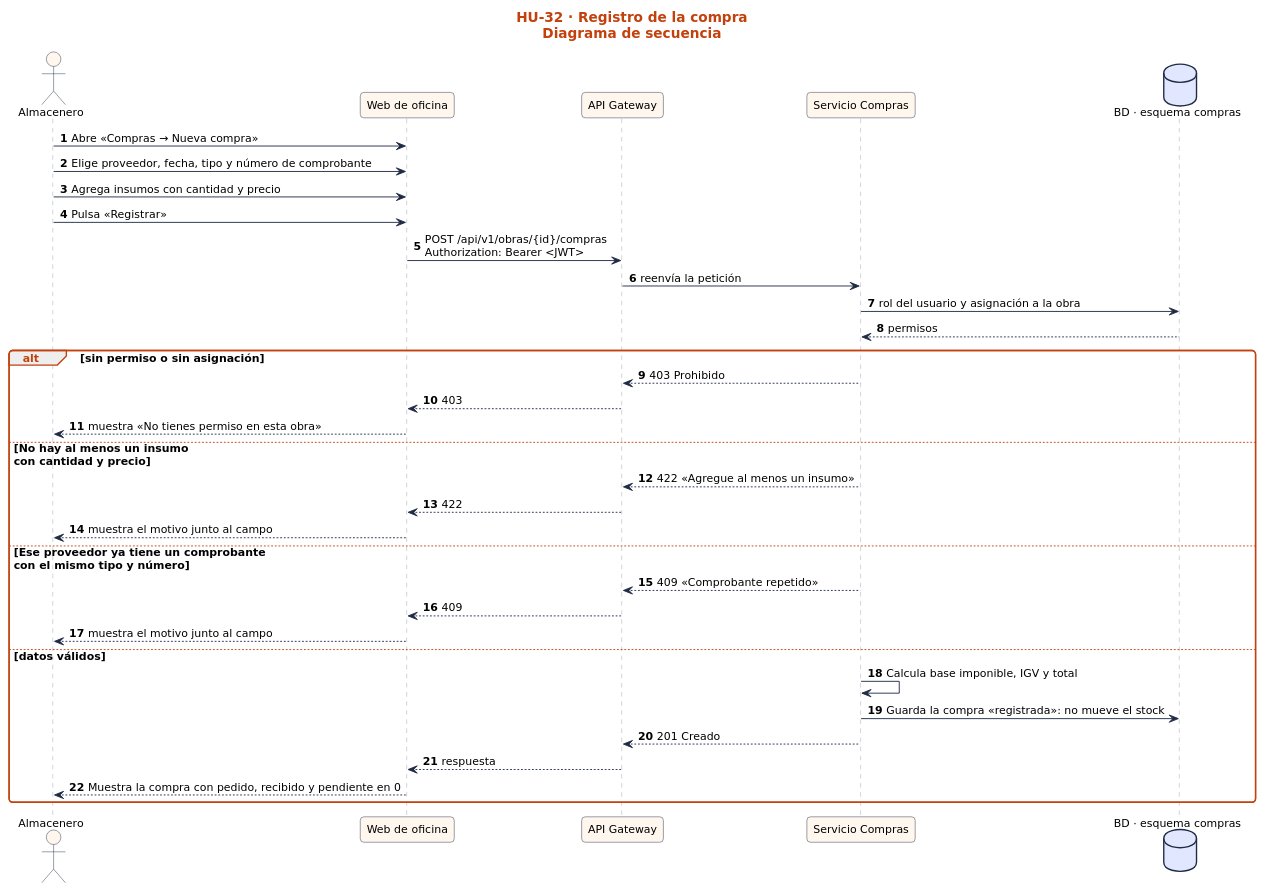
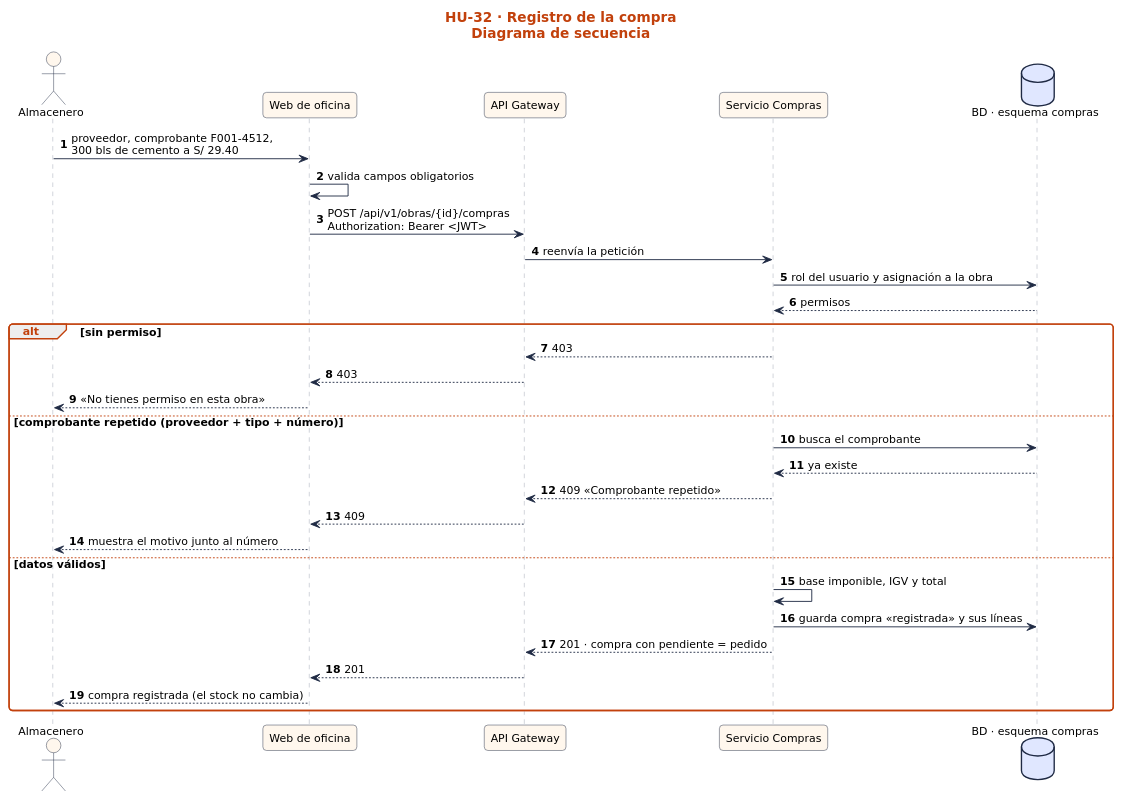
Before and after one commit to nandoestebanif/sevens-sigro: the diagram in docs/sprint-2/diagramas-hu/hu-32-registro-de-la-compra/secuencia.puml, drawn with PlantUML. The commit also changed 56 other files, not shown here.

First line of the commit message:
docs(sprint-2): diagramas a medida de 12 HU, estados E06/E07/E12 y guía de Adiel

```diff
--- a/docs/sprint-2/diagramas-hu/hu-32-registro-de-la-compra/secuencia.puml
+++ b/docs/sprint-2/diagramas-hu/hu-32-registro-de-la-compra/secuencia.puml
@@ -1,68 +1,65 @@
 @startuml
 skinparam defaultFontName "DejaVu Sans"
 skinparam defaultFontSize 12
 skinparam shadowing false
 skinparam roundCorner 8
 skinparam ArrowColor #1F2A44
 skinparam ActivityBorderColor #1F2A44
 skinparam ActivityBackgroundColor #FFF7ED
 skinparam ActivityDiamondBackgroundColor #FEF3C7
 skinparam ActivityDiamondBorderColor #92400E
 skinparam SwimlaneTitleFontStyle bold
 skinparam SwimlaneTitleFontColor #1F2A44
 skinparam SwimlaneBorderColor #9CA3AF
 skinparam PartitionBorderColor #9CA3AF
 skinparam ParticipantBorderColor #1F2A44
 skinparam ParticipantBackgroundColor #FFF7ED
 skinparam ActorBorderColor #1F2A44
 skinparam ActorBackgroundColor #FFF7ED
 skinparam DatabaseBorderColor #1F2A44
 skinparam DatabaseBackgroundColor #E0E7FF
 skinparam SequenceLifeLineBorderColor #9CA3AF
 skinparam SequenceGroupBorderColor #C2410C
 skinparam SequenceGroupHeaderFontColor #C2410C
 skinparam StateBorderColor #1F2A44
 skinparam StateBackgroundColor #FFF7ED
 skinparam StateStartColor #1F2A44
 skinparam StateEndColor #1F2A44
 skinparam NoteBackgroundColor #F3F4F6
 skinparam NoteBorderColor #9CA3AF
 skinparam TitleFontSize 15
 skinparam TitleFontColor #C2410C
 skinparam ClassBorderColor #1F2A44
 skinparam ClassBackgroundColor #FFF7ED
+
 title HU-32 · Registro de la compra\nDiagrama de secuencia
 autonumber
 actor "Almacenero" as U
 participant "Web de oficina" as UI
 participant "API Gateway" as GW
-participant "Servicio Compras" as S
+participant "Servicio Compras" as SC
 database "BD · esquema compras" as BD
-U -> UI : Abre «Compras → Nueva compra»
-U -> UI : Elige proveedor, fecha, tipo y número de comprobante
-U -> UI : Agrega insumos con cantidad y precio
-U -> UI : Pulsa «Registrar»
+U -> UI : proveedor, comprobante F001-4512,\n300 bls de cemento a S/ 29.40
+UI -> UI : valida campos obligatorios
 UI -> GW : POST /api/v1/obras/{id}/compras\nAuthorization: Bearer <JWT>
-GW -> S : reenvía la petición
-S -> BD : rol del usuario y asignación a la obra
-BD --> S : permisos
-alt sin permiso o sin asignación
-  S --> GW : 403 Prohibido
+GW -> SC : reenvía la petición
+SC -> BD : rol del usuario y asignación a la obra
+BD --> SC : permisos
+alt sin permiso
+  SC --> GW : 403
   GW --> UI : 403
-  UI --> U : muestra «No tienes permiso en esta obra»
-else No hay al menos un insumo\ncon cantidad y precio
-  S --> GW : 422 «Agregue al menos un insumo»
-  GW --> UI : 422
-  UI --> U : muestra el motivo junto al campo
-else Ese proveedor ya tiene un comprobante\ncon el mismo tipo y número
-  S --> GW : 409 «Comprobante repetido»
+  UI --> U : «No tienes permiso en esta obra»
+else comprobante repetido (proveedor + tipo + número)
+  SC -> BD : busca el comprobante
+  BD --> SC : ya existe
+  SC --> GW : 409 «Comprobante repetido»
   GW --> UI : 409
-  UI --> U : muestra el motivo junto al campo
+  UI --> U : muestra el motivo junto al número
 else datos válidos
-  S -> S : Calcula base imponible, IGV y total
-  S -> BD : Guarda la compra «registrada»: no mueve el stock
-  S --> GW : 201 Creado
-  GW --> UI : respuesta
-  UI --> U : Muestra la compra con pedido, recibido y pendiente en 0
+  SC -> SC : base imponible, IGV y total
+  SC -> BD : guarda compra «registrada» y sus líneas
+  SC --> GW : 201 · compra con pendiente = pedido
+  GW --> UI : 201
+  UI --> U : compra registrada (el stock no cambia)
 end
 @enduml
```
